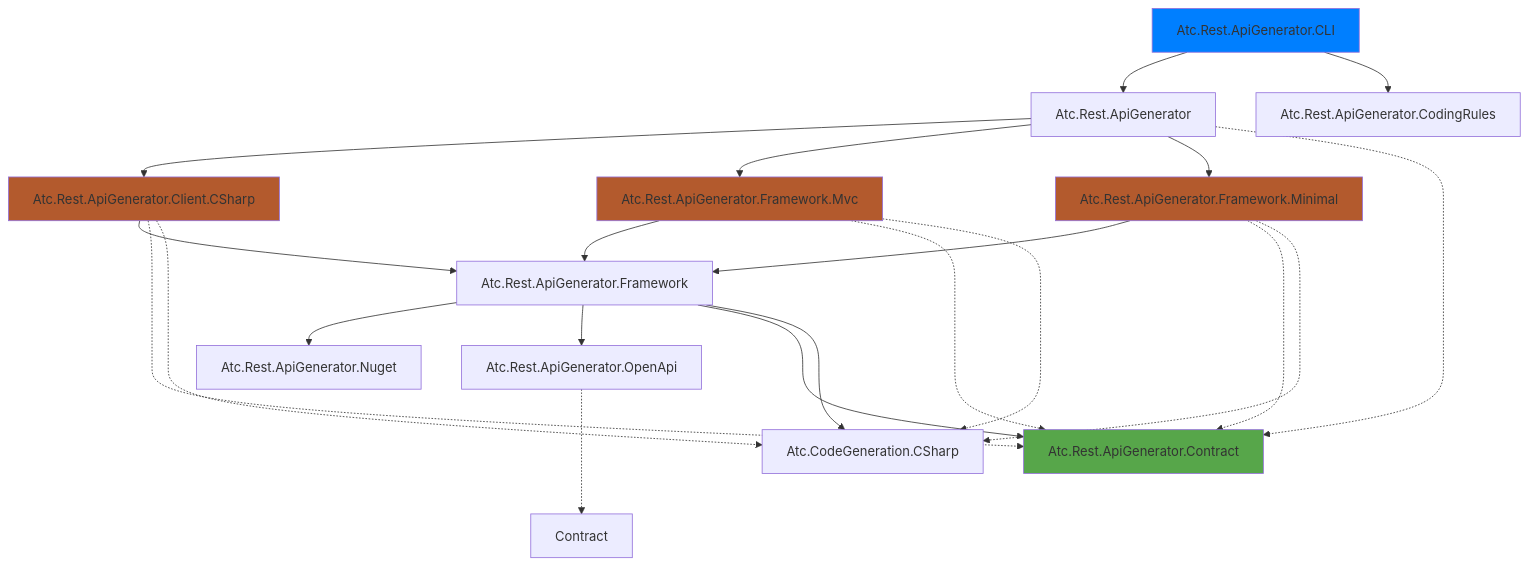
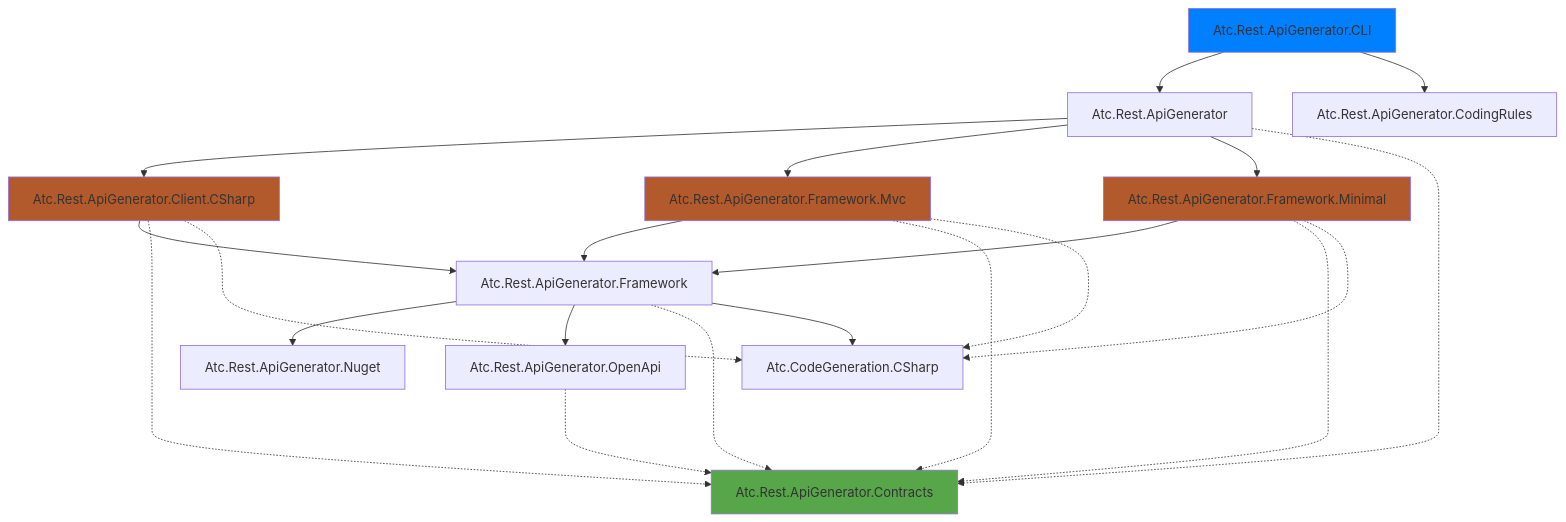
The first of 2 diagrams in README.md (atc-net/atc-rest-api-generator), drawn with Mermaid before and after one commit.

Commit message:
docs: Fix project dependency graph

````diff
--- a/README.md
+++ b/README.md
@@ -25,53 +25,53 @@
 ```mermaid
 flowchart TB;
     CLI[Atc.Rest.ApiGenerator.CLI]
-    Contracts[Atc.Rest.ApiGenerator.Contract];
+    Contracts[Atc.Rest.ApiGenerator.Contracts];
     ApiGenerator[Atc.Rest.ApiGenerator];
     CodingRules[Atc.Rest.ApiGenerator.CodingRules]
     ClientCSharp[Atc.Rest.ApiGenerator.Client.CSharp];
     ServerMvc[Atc.Rest.ApiGenerator.Framework.Mvc];
     ServerMinimal[Atc.Rest.ApiGenerator.Framework.Minimal];
     Framework[Atc.Rest.ApiGenerator.Framework];
     Nuget[Atc.Rest.ApiGenerator.Nuget];
     CSharpGenerator[Atc.CodeGeneration.CSharp];
     OpenApi[Atc.Rest.ApiGenerator.OpenApi];
 
     style CLI fill:#007FFF;
     style Contracts fill:#57A64A;
     style ApiGenerator fill:#;
     style CodingRules fill:#;
     style ClientCSharp fill:#B35A2D;
     style ServerMvc fill:#B35A2D;
     style ServerMinimal fill:#B35A2D;
     style Framework fill:#;
     style Nuget fill:#;
     style CSharpGenerator fill:#;
     style OpenApi fill:#;
 
     CLI --> ApiGenerator;
     CLI --> CodingRules;
     
     ApiGenerator --> ClientCSharp;
     ApiGenerator --> ServerMvc;
     ApiGenerator --> ServerMinimal;
-    ApiGenerator ..-> Contracts;
+    ApiGenerator .-> Contracts;
    
     ClientCSharp --> Framework;
-    ClientCSharp ..-> Contracts;
-    ClientCSharp ..-> CSharpGenerator;
+    ClientCSharp .-> Contracts;
+    ClientCSharp .-> CSharpGenerator;
 
     ServerMvc --> Framework;
-    ServerMvc ..-> Contracts;
-    ServerMvc ..-> CSharpGenerator;
+    ServerMvc .-> Contracts;
+    ServerMvc .-> CSharpGenerator;
 
     ServerMinimal --> Framework;
-    ServerMinimal ..-> Contracts;
-    ServerMinimal ..-> CSharpGenerator;
+    ServerMinimal .-> Contracts;
+    ServerMinimal .-> CSharpGenerator;
 
     Framework --> Nuget;
     Framework --> OpenApi;
-    Framework ---> Contracts;
-    Framework ---> CSharpGenerator;
+    Framework .-> Contracts;
+    Framework --> CSharpGenerator;
 
-    OpenApi ..-> Contract;
+    OpenApi ..-> Contracts;
 ```
````
